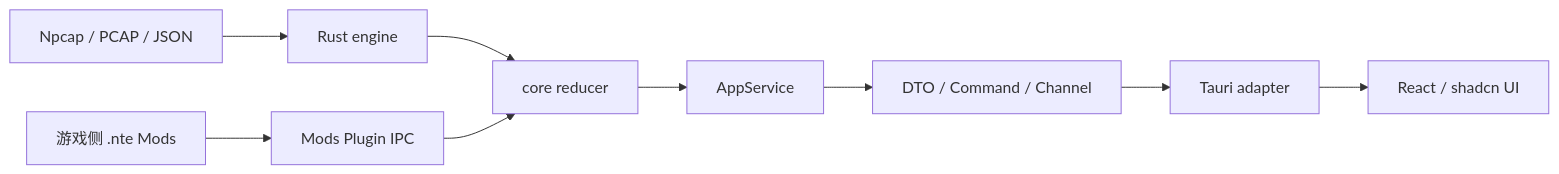
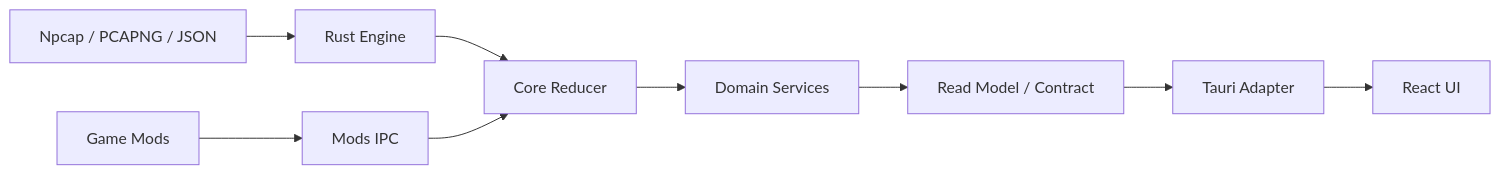
The diagram in AGENTS.md (kongbaiz/nte-dps-toolkit), drawn with Mermaid before and after one commit. The commit also changed other lines of this file and 202 other files, not shown here.

````diff
--- a/AGENTS.md
+++ b/AGENTS.md
@@ -106,11 +119,11 @@
 ```mermaid
 flowchart LR
-    Capture["Npcap / PCAP / JSON"] --> Engine["Rust engine"]
-    Engine --> Reducer["core reducer"]
-    GameMods["游戏侧 .nte Mods"] --> ModIPC["Mods Plugin IPC"]
+    Capture["Npcap / PCAPNG / JSON"] --> Engine["Rust Engine"]
+    Mods["Game Mods"] --> ModIPC["Mods IPC"]
+    Engine --> Reducer["Core Reducer"]
     ModIPC --> Reducer
-    Reducer --> Service["AppService"]
-    Service --> Contract["DTO / Command / Channel"]
-    Contract --> Tauri["Tauri adapter"]
-    Tauri --> React["React / shadcn UI"]
+    Reducer --> Services["Domain Services"]
+    Services --> ReadModel["Read Model / Contract"]
+    ReadModel --> Tauri["Tauri Adapter"]
+    Tauri --> React["React UI"]
 ```
````
